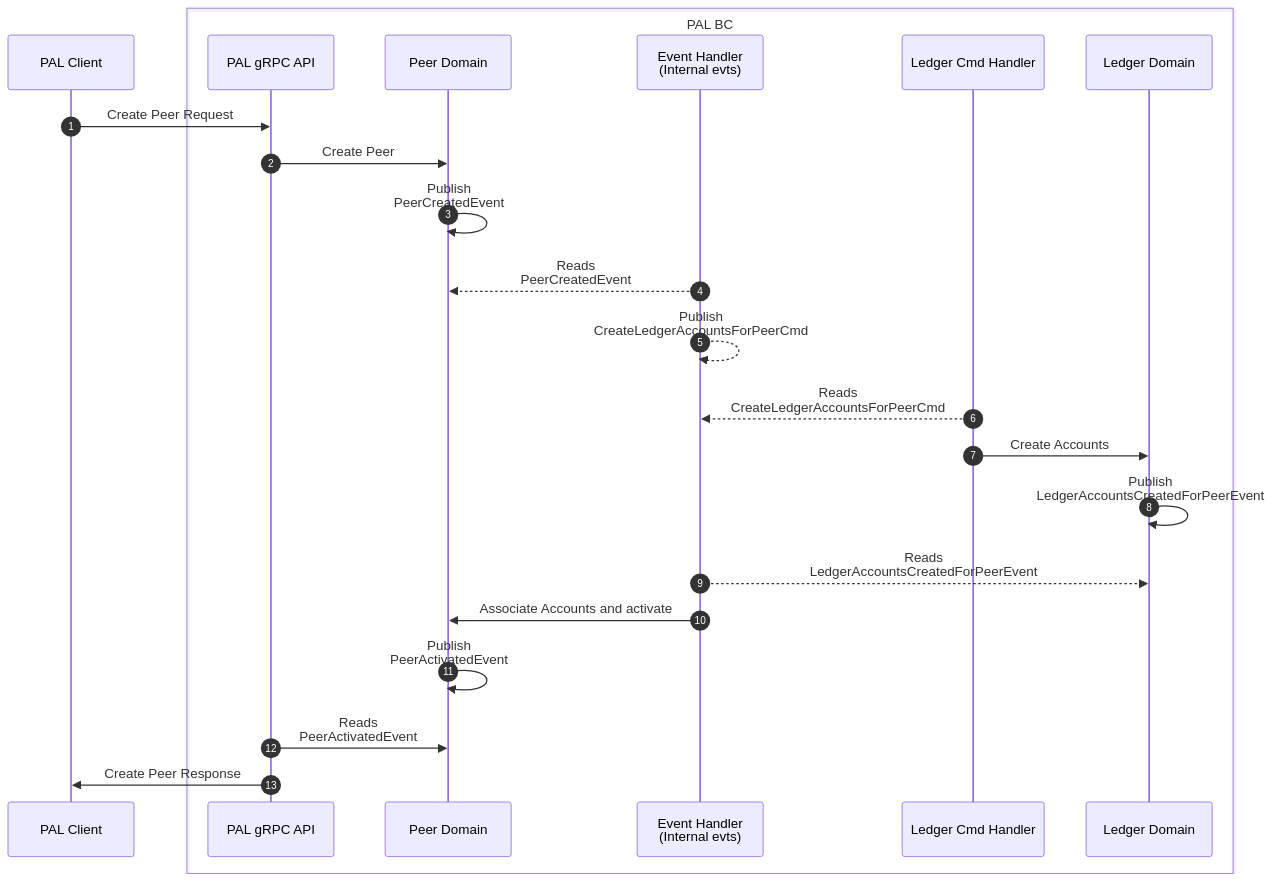
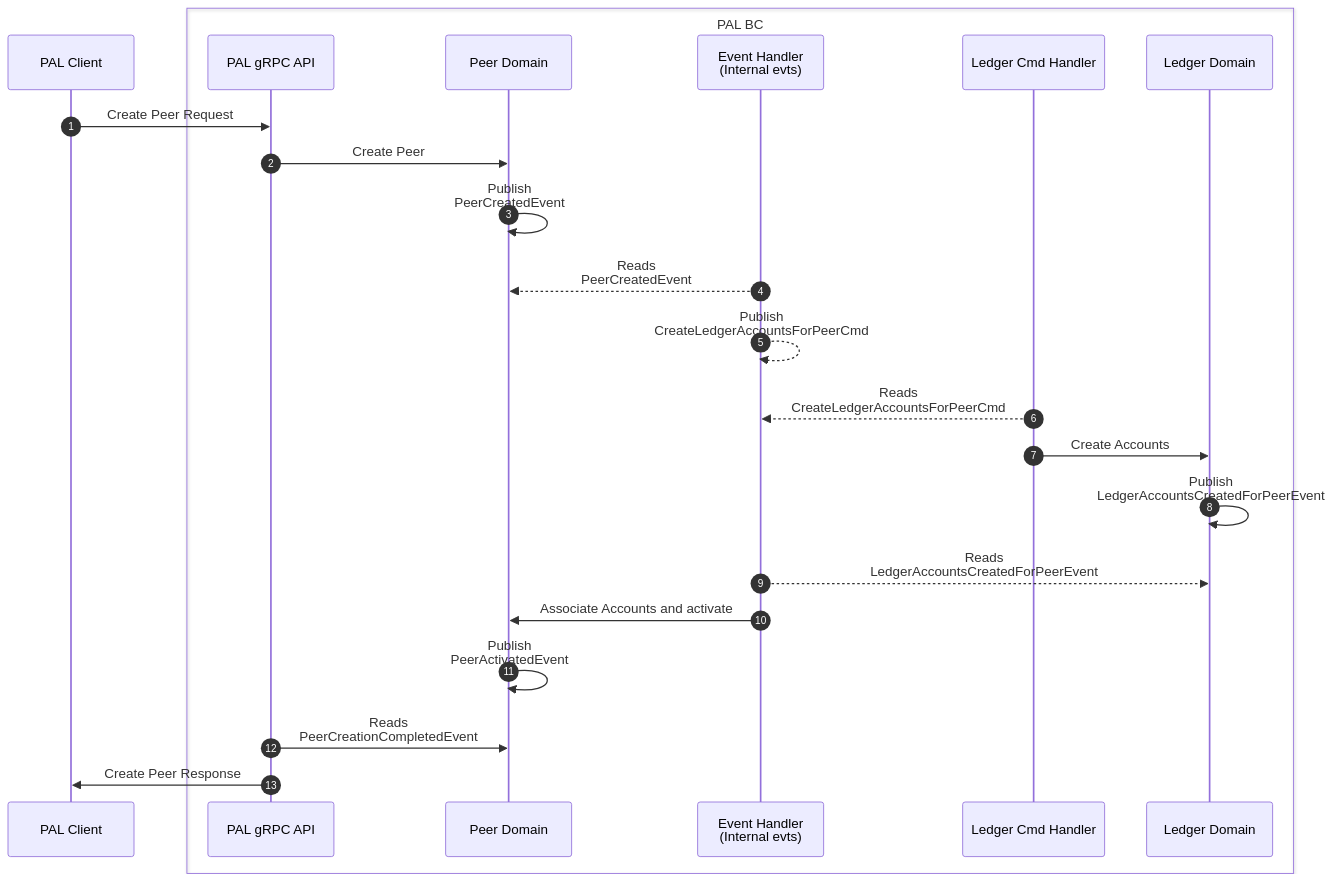
One commit to Avi112005/rhyza changed the second of 2 diagrams in internal-docs/sequence-diagrams/PAL-README.md. Above: the diagram before and after it, drawn with Mermaid. The commit also changed other lines of this file and 25 other files, not shown here.

````diff
--- a/internal-docs/sequence-diagrams/PAL-README.md
+++ b/internal-docs/sequence-diagrams/PAL-README.md
@@ -85,32 +95,32 @@
 ```mermaid
 sequenceDiagram
 	autonumber
 
   participant PAL_Cli as PAL Client
 
   box PAL BC
     participant PAL_API as PAL gRPC API
      participant ASSET_DOM as Peer Domain
     participant PAL_EVT as Event Handler<br>(Internal evts)
     participant PAL_LIQ_CMD as Ledger Cmd Handler
     participant LEDGER_DOM as Ledger Domain
   end
 
   PAL_Cli ->> PAL_API: Create Peer Request
   PAL_API ->> ASSET_DOM: Create Peer
   ASSET_DOM ->> ASSET_DOM: Publish<br>PeerCreatedEvent
   PAL_EVT -->> ASSET_DOM: Reads<br>PeerCreatedEvent
 
   PAL_EVT -->> PAL_EVT: Publish<br>CreateLedgerAccountsForPeerCmd
   PAL_LIQ_CMD -->> PAL_EVT: Reads<br>CreateLedgerAccountsForPeerCmd
   PAL_LIQ_CMD ->> LEDGER_DOM: Create Accounts
   LEDGER_DOM ->> LEDGER_DOM: Publish<br>LedgerAccountsCreatedForPeerEvent
 
   PAL_EVT -->> LEDGER_DOM: Reads<br>LedgerAccountsCreatedForPeerEvent
   PAL_EVT ->> ASSET_DOM: Associate Accounts and activate
   ASSET_DOM ->> ASSET_DOM: Publish<br>PeerActivatedEvent
 
-  PAL_API ->> ASSET_DOM: Reads<br>PeerActivatedEvent
+  PAL_API ->> ASSET_DOM: Reads<br>PeerCreationCompletedEvent
   PAL_API ->> PAL_Cli: Create Peer Response
 
 ```
````
